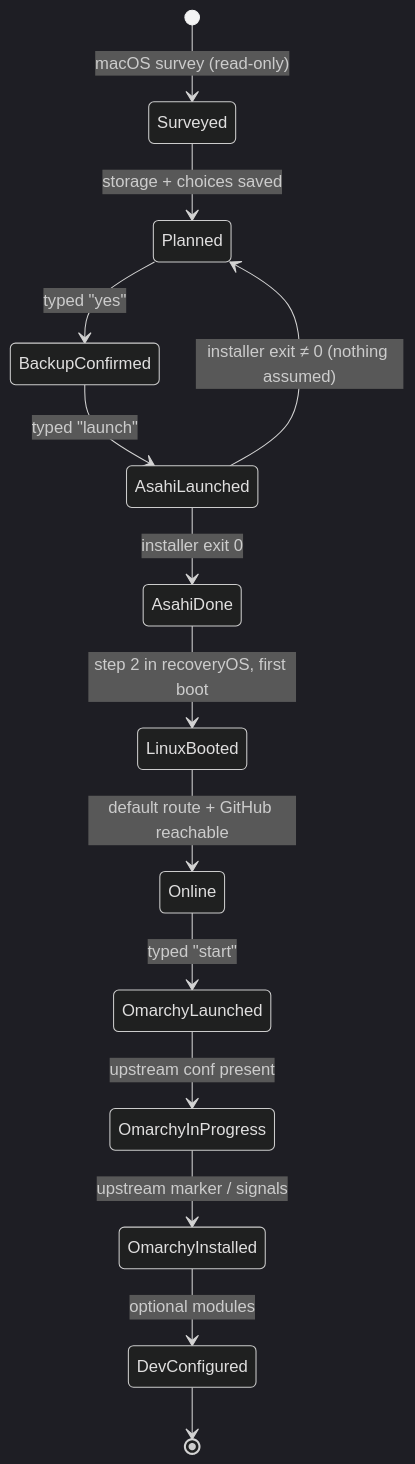
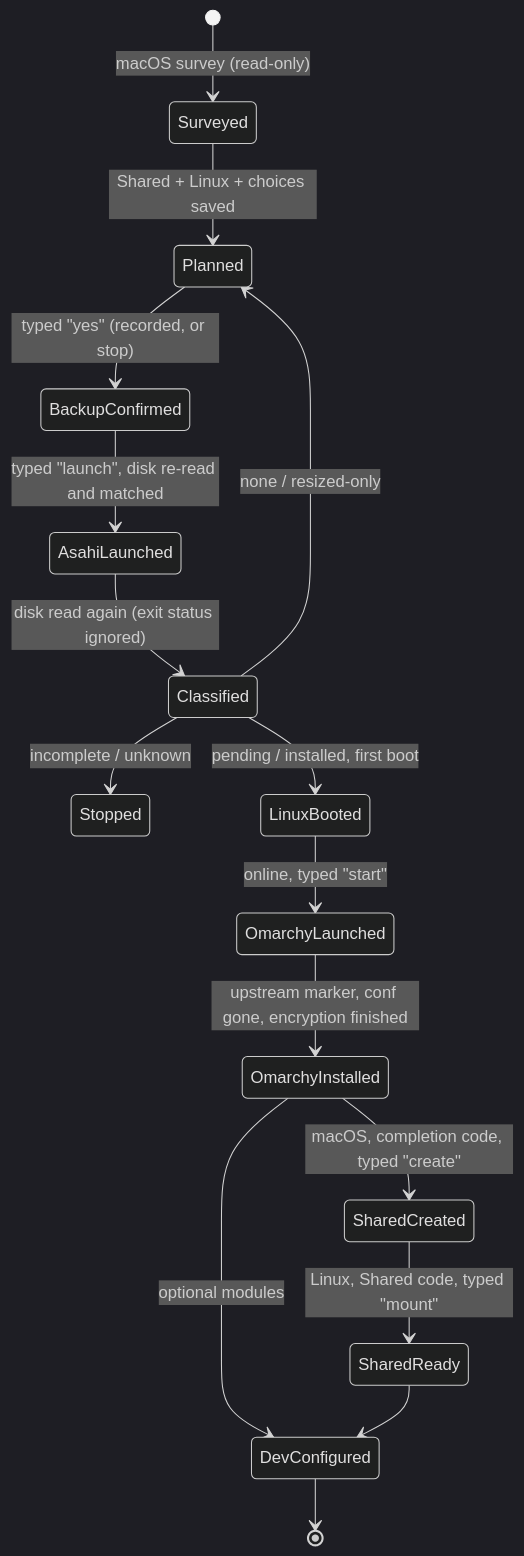
The first of 2 diagrams in SPEC.md (scalinity/omarchy-mac-bootstrap), drawn with Mermaid (dark theme) before and after one commit. The commit also changed other lines of this file and 11 other files, not shown here.

````diff
--- a/SPEC.md
+++ b/SPEC.md
@@ -249,16 +350,18 @@
 ```mermaid
 stateDiagram-v2
     [*] --> Surveyed: macOS survey (read-only)
-    Surveyed --> Planned: storage + choices saved
-    Planned --> BackupConfirmed: typed "yes"
-    BackupConfirmed --> AsahiLaunched: typed "launch"
-    AsahiLaunched --> AsahiDone: installer exit 0
-    AsahiLaunched --> Planned: installer exit ≠ 0 (nothing assumed)
-    AsahiDone --> LinuxBooted: step 2 in recoveryOS, first boot
-    LinuxBooted --> Online: default route + GitHub reachable
-    Online --> OmarchyLaunched: typed "start"
-    OmarchyLaunched --> OmarchyInProgress: upstream conf present
-    OmarchyInProgress --> OmarchyInstalled: upstream marker / signals
+    Surveyed --> Planned: Shared + Linux + choices saved
+    Planned --> BackupConfirmed: typed "yes" (recorded, or stop)
+    BackupConfirmed --> AsahiLaunched: typed "launch", disk re-read and matched
+    AsahiLaunched --> Classified: disk read again (exit status ignored)
+    Classified --> Planned: none / resized-only
+    Classified --> Stopped: incomplete / unknown
+    Classified --> LinuxBooted: pending / installed, first boot
+    LinuxBooted --> OmarchyLaunched: online, typed "start"
+    OmarchyLaunched --> OmarchyInstalled: upstream marker, conf gone, encryption finished
+    OmarchyInstalled --> SharedCreated: macOS, completion code, typed "create"
+    SharedCreated --> SharedReady: Linux, Shared code, typed "mount"
     OmarchyInstalled --> DevConfigured: optional modules
+    SharedReady --> DevConfigured
     DevConfigured --> [*]
 ```
````
